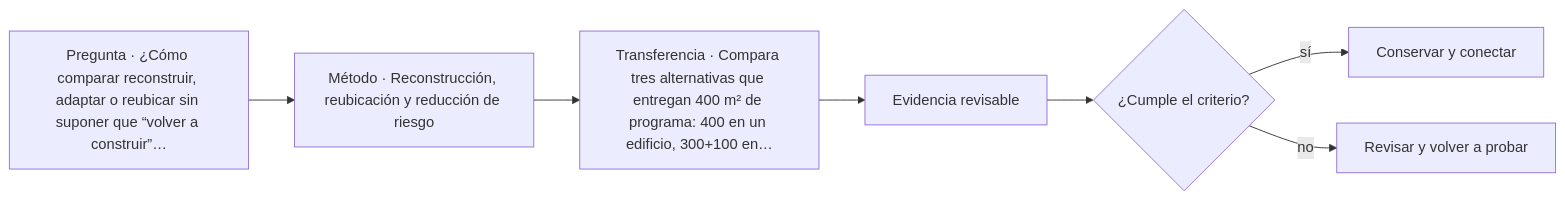
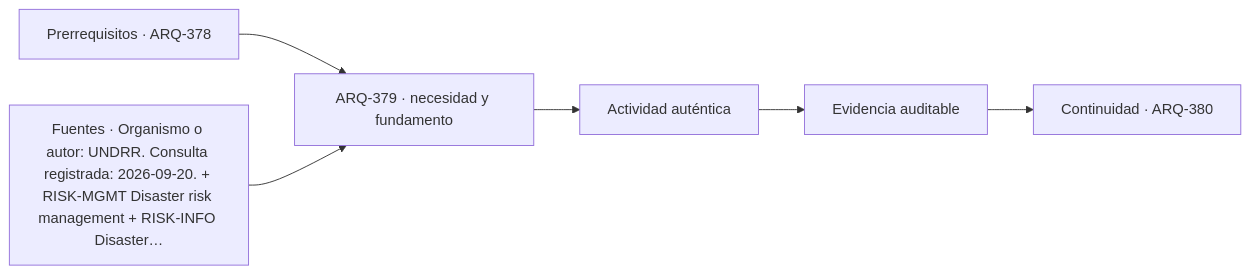
Before and after one commit to vladimiracunadev-create/architecture-built-environment-learning-program: the diagram in classes/parte-38/ARQ-379.md, drawn with Mermaid. The commit also changed other lines of this file and 761 other files, not shown here.

````diff
--- a/classes/parte-38/ARQ-379.md
+++ b/classes/parte-38/ARQ-379.md
@@ -101,9 +113,8 @@
 ```mermaid
 flowchart LR
-    Q["Pregunta · ¿Cómo comparar reconstruir, adaptar o reubicar sin suponer que “volver a construir”…"] --> M["Método · Reconstrucción, reubicación y reducción de riesgo"]
-    M --> P["Transferencia · Compara tres alternativas que entregan 400 m² de programa: 400 en un edificio, 300+100 en…"]
-    P --> E["Evidencia revisable"]
-    E --> C{"¿Cumple el criterio?"}
-    C -->|sí| T["Conservar y conectar"]
-    C -->|no| R["Revisar y volver a probar"]
+    A["Prerrequisitos · ARQ-378"] --> B["ARQ-379 · necesidad y fundamento"]
+    S["Fuentes · Organismo o autor: UNDRR. Consulta registrada: 2026-09-20. + RISK-MGMT Disaster risk management + RISK-INFO Disaster…"] --> B
+    B --> C["Actividad auténtica"]
+    C --> D["Evidencia auditable"]
+    D --> E["Continuidad · ARQ-380"]
 ```
````
